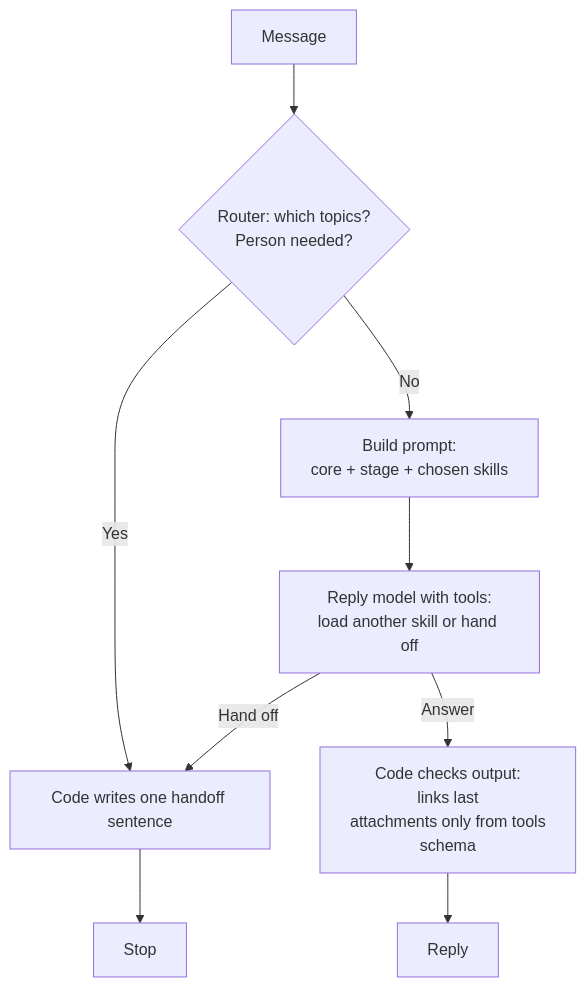
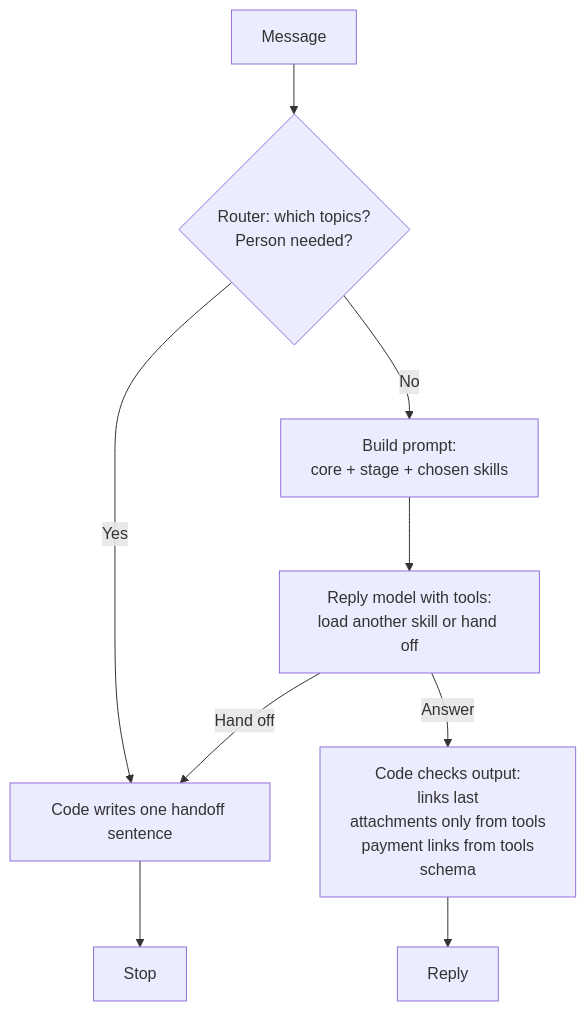
One commit to AAdityaisme/doctours-takehome changed the first of 2 diagrams in README.md. Above: the diagram before and after it, drawn with Mermaid. The commit also changed other lines of this file and 9 other files, not shown here.

````diff
--- a/README.md
+++ b/README.md
@@ -135,11 +135,11 @@
 ```mermaid
 flowchart TD
     message["Message"] --> router{"Router: which topics?<br/>Person needed?"}
     router -->|Yes| handoff["Code writes one handoff sentence"]
     handoff --> stop["Stop"]
     router -->|No| prompt["Build prompt:<br/>core + stage + chosen skills"]
     prompt --> model["Reply model with tools:<br/>load another skill or hand off"]
     model -->|Hand off| handoff
-    model -->|Answer| checks["Code checks output:<br/>links last<br/>attachments only from tools<br/>schema"]
+    model -->|Answer| checks["Code checks output:<br/>links last<br/>attachments only from tools<br/>payment links from tools<br/>schema"]
     checks --> reply["Reply"]
 ```
````
